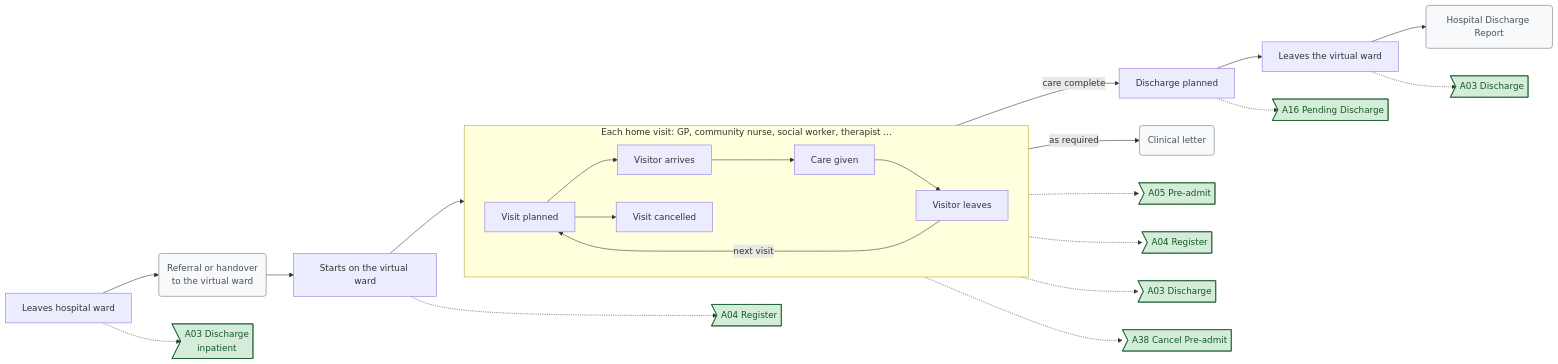
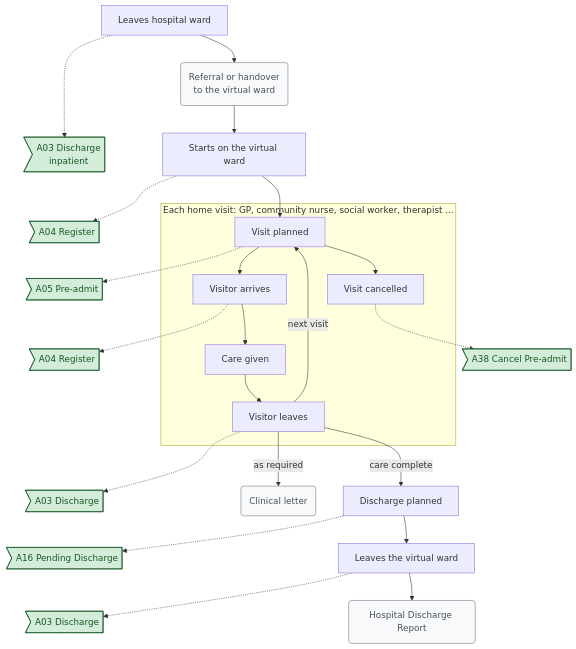
Before and after one commit to nw-gmsa/IHEUK-PAM-Unofficial: the sixth of 12 diagrams in input/pagecontent/overview.md, drawn with Mermaid. The commit also changed other lines of this file, not shown here.

First line of the commit message:
Fix overview Mermaid rendering

````diff
--- a/input/pagecontent/overview.md
+++ b/input/pagecontent/overview.md
@@ -233,44 +234,44 @@
 ```mermaid
-flowchart LR
+flowchart TB
     IPDIS["Leaves hospital ward"]
     REF("Referral or handover<br/>to the virtual ward")
     START["Starts on the virtual ward"]
     subgraph VISIT ["Each home visit: GP, community nurse, social worker, therapist ..."]
-        direction LR
         VPLAN["Visit planned"]
         VARR["Visitor arrives"]
         VCARE["Care given"]
         VEND["Visitor leaves"]
         VCAN["Visit cancelled"]
         VPLAN --> VARR --> VCARE --> VEND
         VPLAN --> VCAN
     end
     PLAN["Discharge planned"]
     VWEND["Leaves the virtual ward"]
     HDR("Hospital Discharge Report")
     VLET("Clinical letter")
     IPDIS --> REF --> START --> VPLAN
     VEND -- "as required" --> VLET
     VEND -- "next visit" --> VPLAN
     VEND -- "care complete" --> PLAN --> VWEND --> HDR
     EIP03>"A03 Discharge<br/>inpatient"]
     ES04>"A04 Register"]
     EV05>"A05 Pre-admit"]
     EV04>"A04 Register"]
     EV03>"A03 Discharge"]
     EV38>"A38 Cancel Pre-admit"]
     E16>"A16 Pending Discharge"]
     E03>"A03 Discharge"]
+    EIP03 ~~~ ES04 ~~~ EV05 ~~~ EV04 ~~~ EV03 ~~~ E16 ~~~ E03
     IPDIS -.-> EIP03
     START -.-> ES04
     VPLAN -.-> EV05
     VARR -.-> EV04
     VEND -.-> EV03
     VCAN -.-> EV38
     PLAN -.-> E16
     VWEND -.-> E03
     classDef context fill:#f8f9fa,stroke:#6c757d,color:#495057
     classDef inscope fill:#d4edda,stroke:#155724,color:#155724
     class REF,VLET,HDR context
     class EIP03,ES04,EV05,EV04,EV03,EV38,E16,E03 inscope
 ```
````
